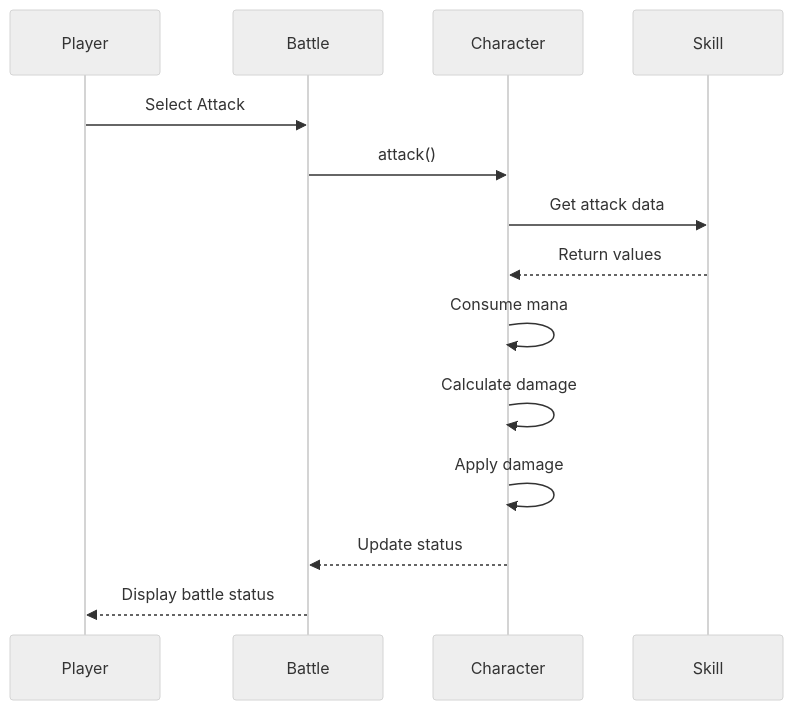
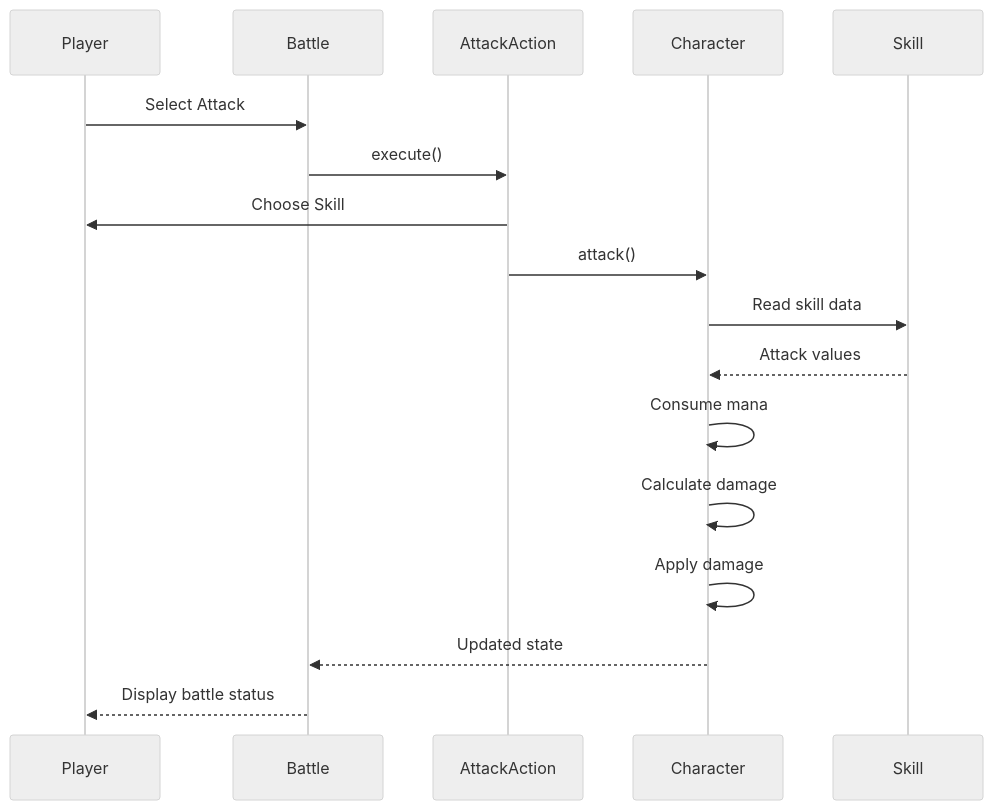
The third of 3 diagrams in README.md (G4vi1/Turn-based-battle-game), drawn with Mermaid (neutral theme) before and after one commit. The commit also changed other lines of this file and 9 other files, not shown here.

````diff
--- a/README.md
+++ b/README.md
@@ -106,18 +151,21 @@
 ```mermaid
 sequenceDiagram
 
 participant Player
 participant Battle
+participant AttackAction
 participant Character
 participant Skill
 
 Player->>Battle: Select Attack
-Battle->>Character: attack()
-Character->>Skill: Get attack data
-Skill-->>Character: Return values
+Battle->>AttackAction: execute()
+AttackAction->>Player: Choose Skill
+AttackAction->>Character: attack()
+Character->>Skill: Read skill data
+Skill-->>Character: Attack values
 Character->>Character: Consume mana
 Character->>Character: Calculate damage
 Character->>Character: Apply damage
-Character-->>Battle: Update status
+Character-->>Battle: Updated state
 Battle-->>Player: Display battle status
 ```
````
